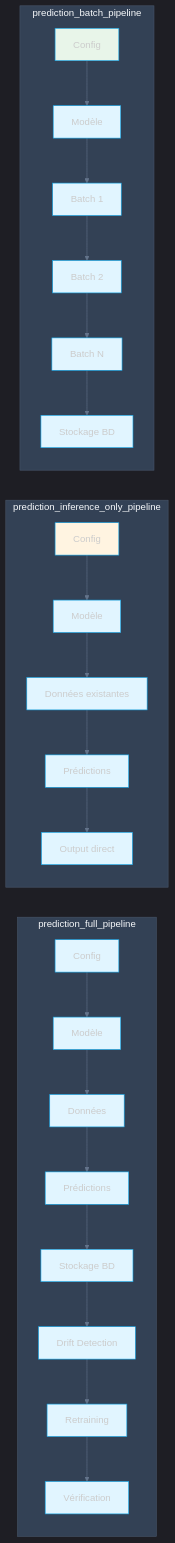
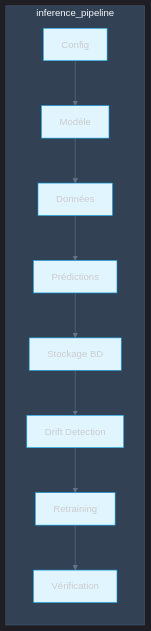
Before and after one commit to jinsudai/jinsudai: the third of 3 diagrams in Services/docsify/docs/pipeline-inference.md, drawn with Mermaid. The commit also changed other lines of this file and 9 other files, not shown here.

````diff
--- a/Services/docsify/docs/pipeline-inference.md
+++ b/Services/docsify/docs/pipeline-inference.md
@@ -56,32 +56,15 @@
 ```mermaid
 %%{init: {'theme': 'dark', 'themeVariables': {'primaryColor': '#e1f5ff', 'primaryTextColor': '#1e293b', 'primaryBorderColor': '#0ea5e9', 'lineColor': '#64748b', 'secondaryColor': '#fff4e1', 'tertiaryColor': '#fce4ec', 'background': '#1e293b', 'mainBkg': '#e1f5ff', 'nodeBorder': '#0ea5e9', 'clusterBkg': '#334155', 'clusterBorder': '#475569', 'titleColor': '#f8fafc', 'edgeLabelBackground': '#1e293b'}}}%%
 graph LR
-    subgraph "prediction_full_pipeline"
+    subgraph "inference_pipeline"
         F1[Config] --> F2[Modèle]
         F2 --> F3[Données]
         F3 --> F4[Prédictions]
         F4 --> F5[Stockage BD]
         F5 --> F6[Drift Detection]
         F6 --> F7[Retraining]
         F7 --> F8[Vérification]
     end
     
-    subgraph "prediction_inference_only_pipeline"
-        I1[Config] --> I2[Modèle]
-        I2 --> I3[Données existantes]
-        I3 --> I4[Prédictions]
-        I4 --> I5[Output direct]
-    end
-    
-    subgraph "prediction_batch_pipeline"
-        B1[Config] --> B2[Modèle]
-        B2 --> B3[Batch 1]
-        B3 --> B4[Batch 2]
-        B4 --> B5[Batch N]
-        B5 --> B6[Stockage BD]
-    end
-    
     style F1 fill:#e1f5ff
-    style I1 fill:#fff4e1
-    style B1 fill:#e8f5e9
 ```
````
